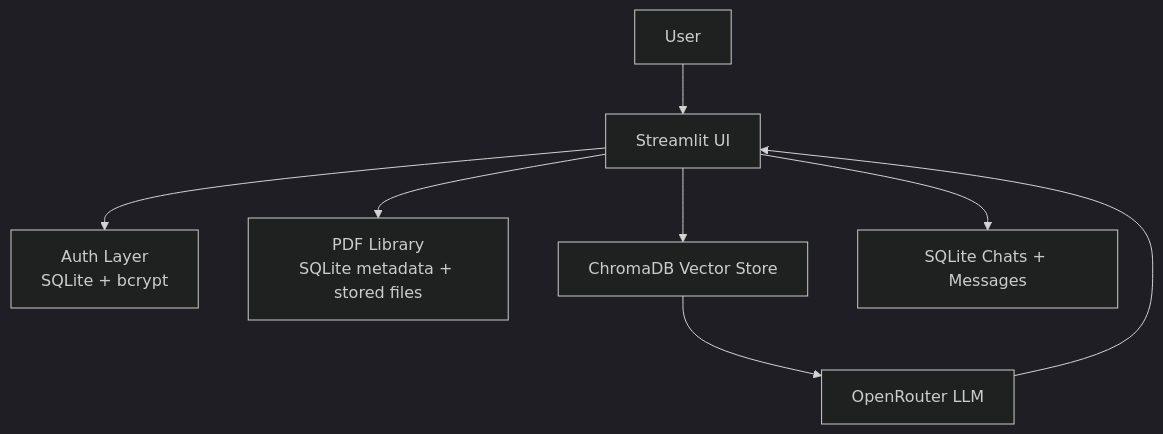
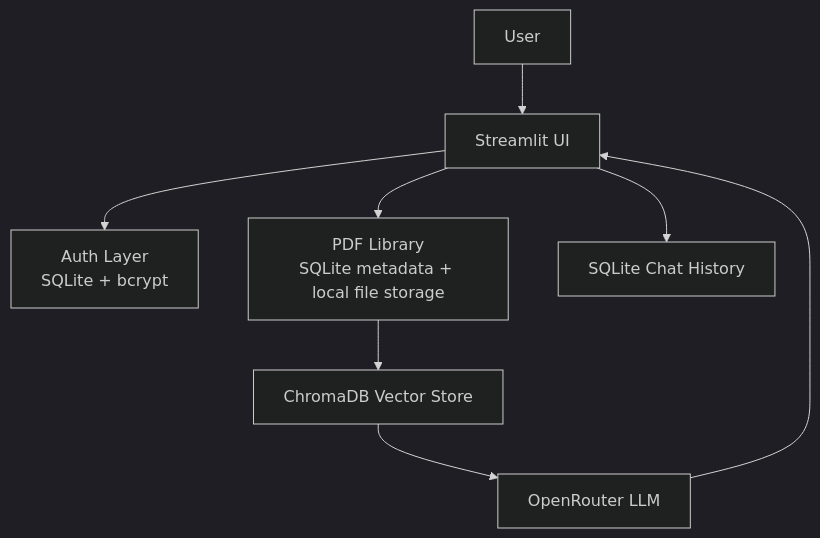
The diagram in README.md (ankitaharihar/RAG-PDF-Chatbot), drawn with Mermaid (dark theme) before and after one commit. The commit also changed other lines of this file and 7 other files, not shown here.

````diff
--- a/README.md
+++ b/README.md
@@ -50,10 +50,10 @@
 ```mermaid
 flowchart TD
-	U[User] --> S[Streamlit UI]
-	S --> A[Auth Layer\nSQLite + bcrypt]
-	S --> L[PDF Library\nSQLite metadata + stored files]
-	S --> V[ChromaDB Vector Store]
-	V --> O[OpenRouter LLM]
-	O --> S
-	S --> D[SQLite Chats + Messages]
+    U[User] --> S[Streamlit UI]
+    S --> A[Auth Layer\nSQLite + bcrypt]
+    S --> P[PDF Library\nSQLite metadata + local file storage]
+    P --> V[ChromaDB Vector Store]
+    V --> O[OpenRouter LLM]
+    O --> S
+    S --> D[SQLite Chat History]
 ```
````
